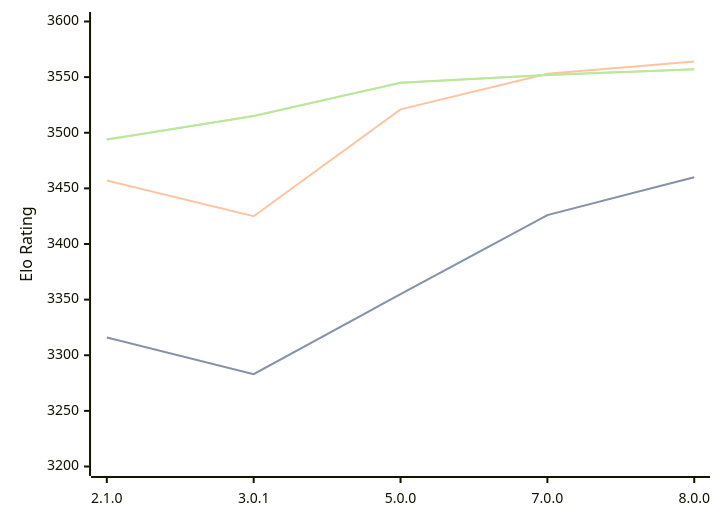
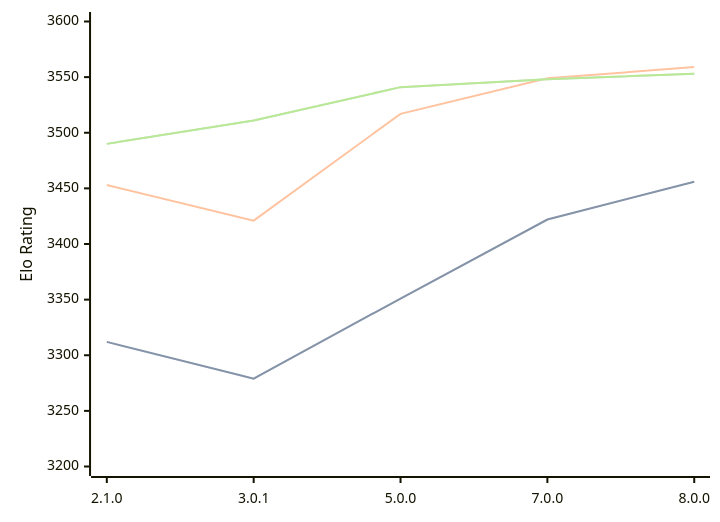
The first of 3 diagrams in engines/PlentyChess.md (computer-chess-index/cci), drawn with Mermaid before and after one commit. The commit also changed other lines of this file, not shown here.

Commit message:
Update CCI Ratings (ELO VLTC) - 2026-07-16

````diff
--- a/engines/PlentyChess.md
+++ b/engines/PlentyChess.md
@@ -46,11 +46,11 @@
 ```mermaid
 %%{init: {"theme":"base","themeVariables":{"seriesColors:['#a3a3a3','#222221','#faa371']}}}%%
 xychart-beta
   x-axis ["2.1.0", "3.0.1", "5.0.0", "7.0.0", "8.0.0"]
   y-axis "Elo Rating" 3200 --> 3600
-  line "STC (8.0+0.08s)" [3316, 3283, 3355, 3426, 3460]
-  line "STC (8.0+0.08s)" [3316, 3283, 3355, 3426, 3460]
-  line "LTC (60.0+0.60s)" [3457, 3425, 3521, 3553, 3564]
-  line "VLTC (2m24s+1.12s)" [3494, 3515, 3545, 3552, 3557]
-  line "VLTC (2m24s+1.12s)" [3494, 3515, 3545, 3552, 3557]
+  line "STC (8.0+0.08s)" [3312, 3279, 3351, 3422, 3456]
+  line "STC (8.0+0.08s)" [3312, 3279, 3351, 3422, 3456]
+  line "LTC (60.0+0.60s)" [3453, 3421, 3517, 3549, 3559]
+  line "VLTC (2m24s+1.12s)" [3490, 3511, 3541, 3548, 3553]
+  line "VLTC (2m24s+1.12s)" [3490, 3511, 3541, 3548, 3553]
 ```
````
